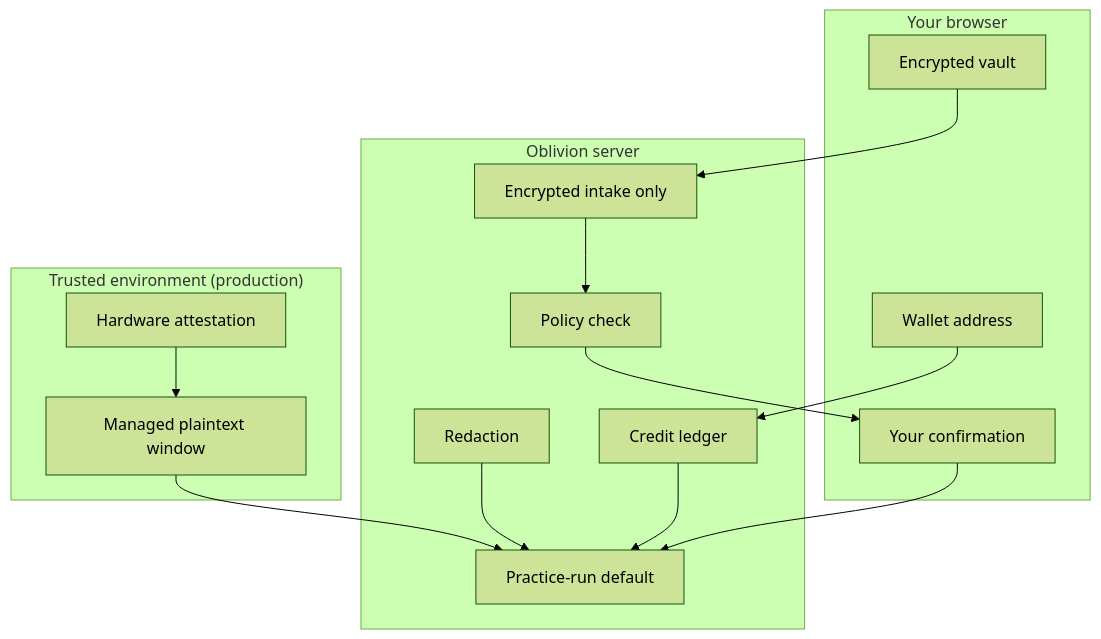
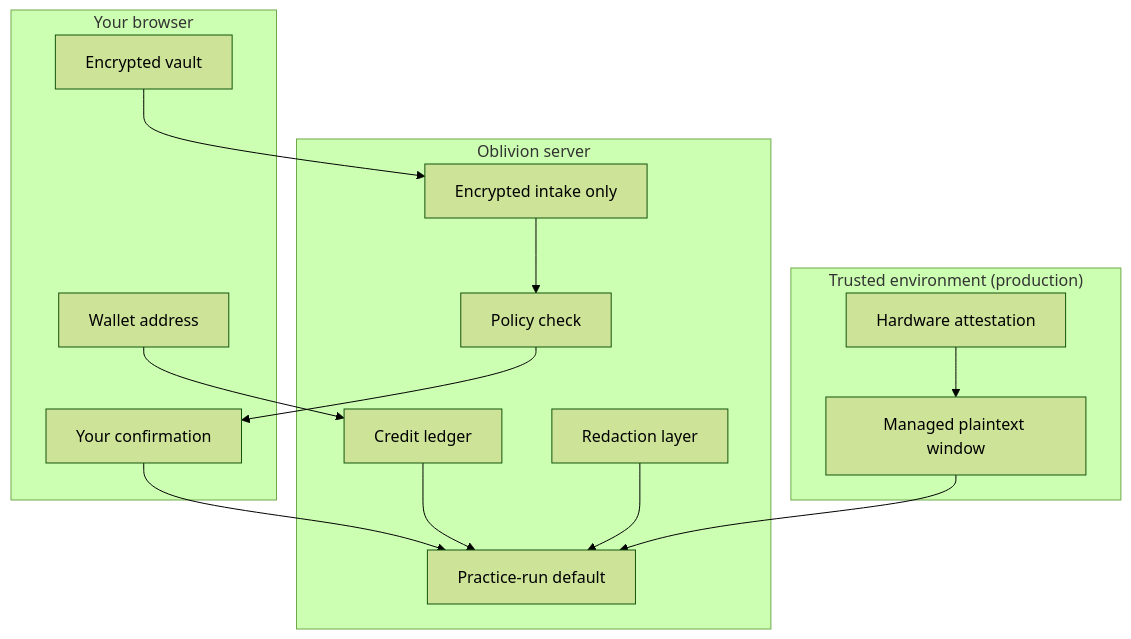
One commit to thomasjvu/oblivion changed the diagram in docs/src/docs/content/developers/security.md. Above: the diagram before and after it, drawn with Mermaid (forest theme). The commit also changed 19 other files, not shown here.

First line of the commit message:
docs: code-block footer path, spin ring, readable mermaid diagrams

````diff
--- a/docs/src/docs/content/developers/security.md
+++ b/docs/src/docs/content/developers/security.md
@@ -5,31 +5,28 @@
 ```mermaid
 flowchart TB
   subgraph Browser["Your browser"]
     Vault[Encrypted vault]
     Confirm[Your confirmation]
     Wallet[Wallet address]
   end
 
   subgraph Server["Oblivion server"]
     Cipher[Encrypted intake only]
     Policy[Policy check]
-    Redact[Redaction]
+    Redact[Redaction layer]
     Credits[Credit ledger]
     Record[Practice-run default]
   end
 
   subgraph TEE["Trusted environment (production)"]
     Quote[Hardware attestation]
     Plain[Managed plaintext window]
   end
 
-  Vault --> Cipher
-  Cipher --> Policy
+  Vault --> Cipher --> Policy
   Wallet --> Credits
-  Policy --> Confirm
-  Confirm --> Record
+  Policy --> Confirm --> Record
   Credits --> Record
-  Quote --> Plain
-  Plain --> Record
   Redact --> Record
+  Quote --> Plain --> Record
 ```
````
